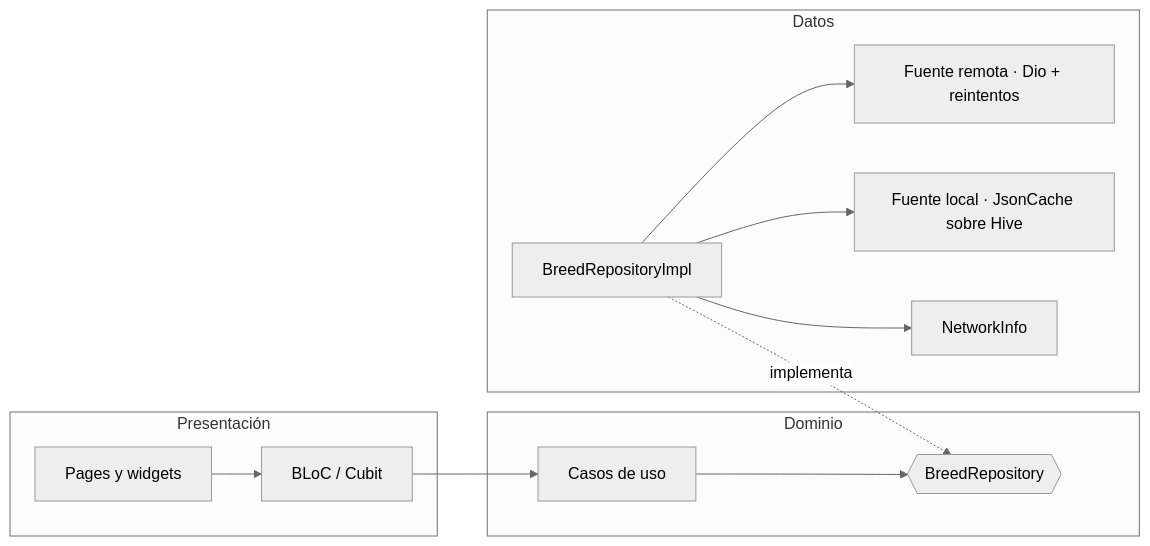
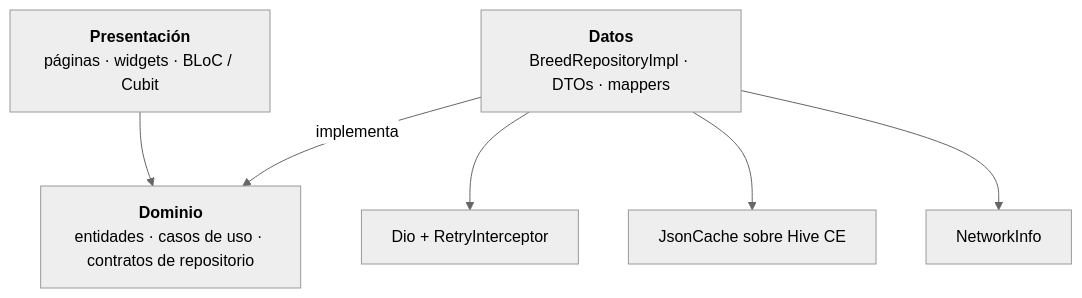
Before and after one commit to aliatore/cat-test: the first of 2 diagrams in README.md, drawn with Mermaid (neutral theme). The commit also changed other lines of this file and 1 other file, not shown here.

Commit message:
docs: capturas de ios y diagrama de capas en vertical

````diff
--- a/README.md
+++ b/README.md
@@ -78,16 +82,14 @@
 ```mermaid
-flowchart LR
-  subgraph Presentación
-    P[Pages y widgets] --> B[BLoC / Cubit]
-  end
-  subgraph Dominio
-    B --> U[Casos de uso]
-    U --> R{{BreedRepository}}
-  end
-  subgraph Datos
-    I[BreedRepositoryImpl] -. implementa .-> R
-    I --> RD[Fuente remota · Dio + reintentos]
-    I --> LD[Fuente local · JsonCache sobre Hive]
-    I --> N[NetworkInfo]
-  end
+flowchart TB
+  UI["<b>Presentación</b><br/>páginas · widgets · BLoC / Cubit"]
+  DOM["<b>Dominio</b><br/>entidades · casos de uso · contratos de repositorio"]
+  DATA["<b>Datos</b><br/>BreedRepositoryImpl · DTOs · mappers"]
+  REM["Dio + RetryInterceptor"]
+  LOC["JsonCache sobre Hive CE"]
+  NET["NetworkInfo"]
+  UI --> DOM
+  DATA -- implementa --> DOM
+  DATA --> REM
+  DATA --> LOC
+  DATA --> NET
 ```
````
